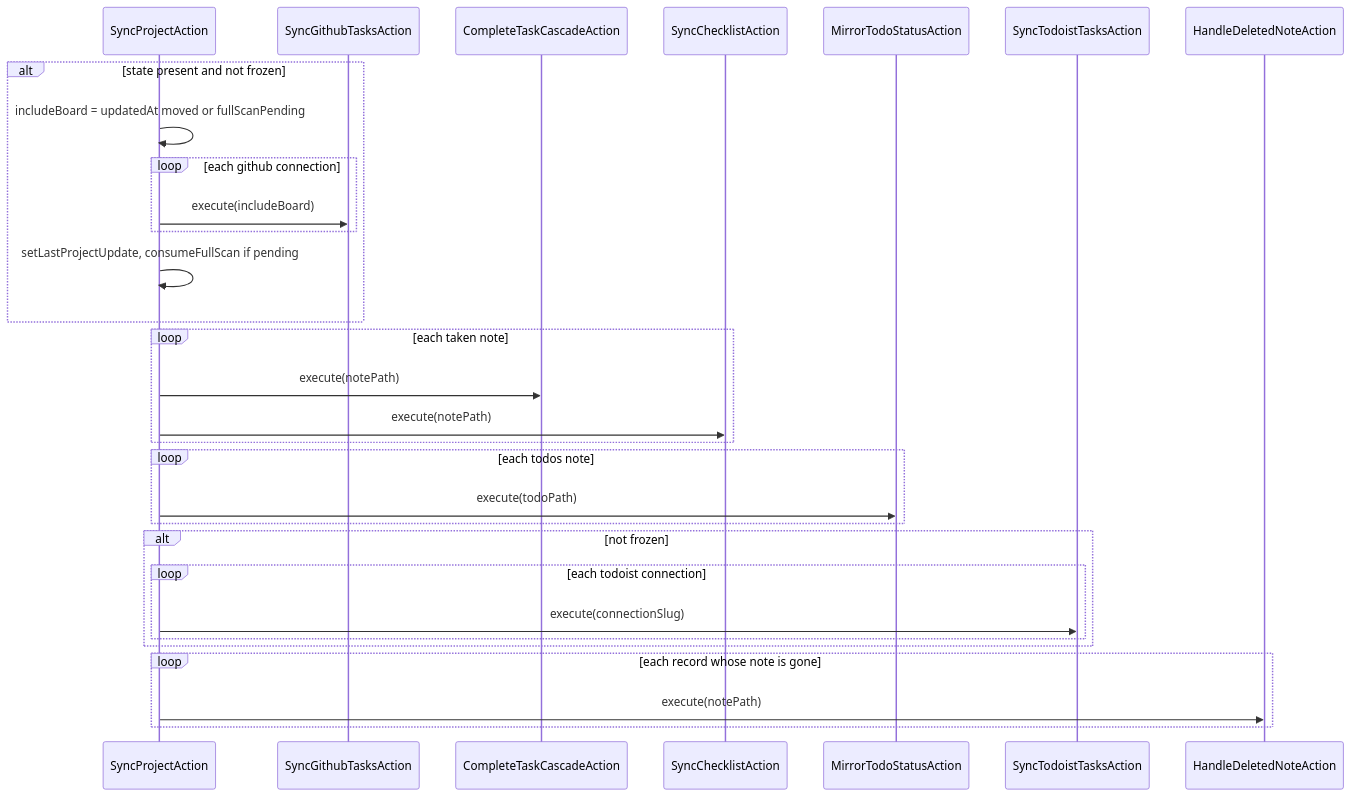
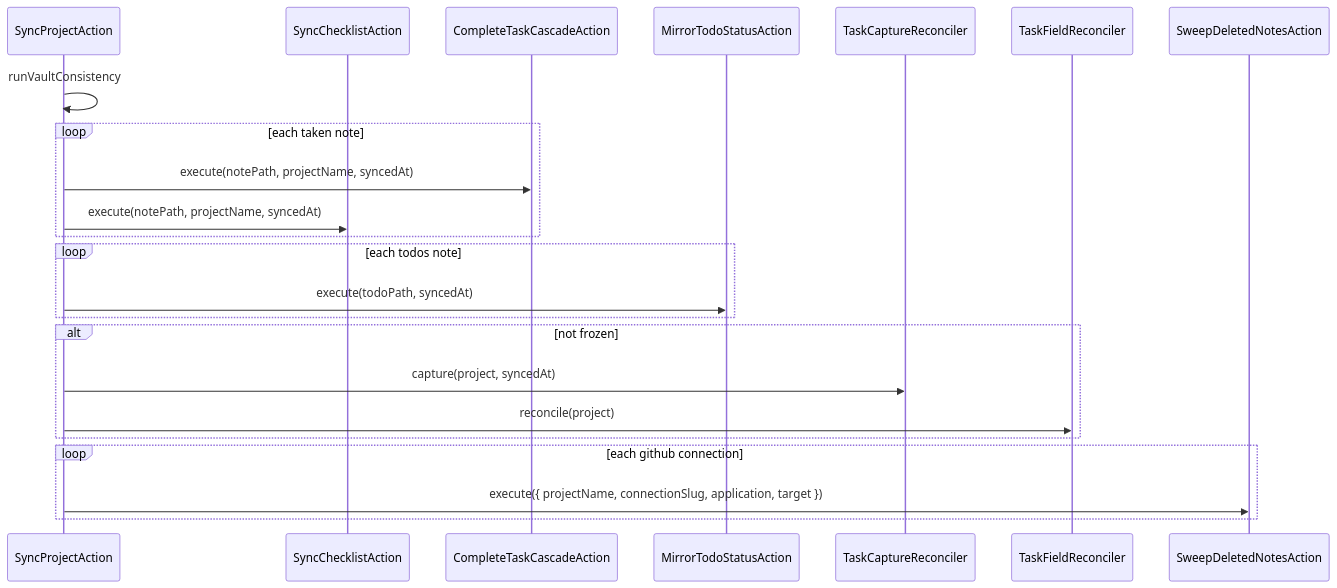
One commit to 99linesofcode/obsidian-project-management changed the third of 18 diagrams in docs/developer-manual.md. Above: the diagram before and after it, drawn with Mermaid. The commit also changed other lines of this file and 1 other file, not shown here.

First line of the commit message:
docs: rewrite the manual and architecture for the multi-adapter core

````diff
--- a/docs/developer-manual.md
+++ b/docs/developer-manual.md
@@ -211,33 +238,26 @@
 ```mermaid
 sequenceDiagram
   participant SP as SyncProjectAction
-  participant GH as SyncGithubTasksAction
+  participant Chk as SyncChecklistAction
   participant Cas as CompleteTaskCascadeAction
-  participant Chk as SyncChecklistAction
   participant Mir as MirrorTodoStatusAction
-  participant TD as SyncTodoistTasksAction
-  participant Del as HandleDeletedNoteAction
+  participant TC as TaskCaptureReconciler
+  participant TF as TaskFieldReconciler
+  participant Sweep as SweepDeletedNotesAction
 
-  alt state present and not frozen
-    SP->>SP: includeBoard = updatedAt moved or fullScanPending
-    loop each github connection
-      SP->>GH: execute(includeBoard)
-    end
-    SP->>SP: setLastProjectUpdate, consumeFullScan if pending
-  end
+  SP->>SP: runVaultConsistency
   loop each taken note
-    SP->>Cas: execute(notePath)
-    SP->>Chk: execute(notePath)
+    SP->>Cas: execute(notePath, projectName, syncedAt)
+    SP->>Chk: execute(notePath, projectName, syncedAt)
   end
   loop each todos note
-    SP->>Mir: execute(todoPath)
+    SP->>Mir: execute(todoPath, syncedAt)
   end
   alt not frozen
-    loop each todoist connection
-      SP->>TD: execute(connectionSlug)
-    end
+    SP->>TC: capture(project, syncedAt)
+    SP->>TF: reconcile(project)
   end
-  loop each record whose note is gone
-    SP->>Del: execute(notePath)
+  loop each github connection
+    SP->>Sweep: execute({ projectName, connectionSlug, application, target })
   end
 ```
````
